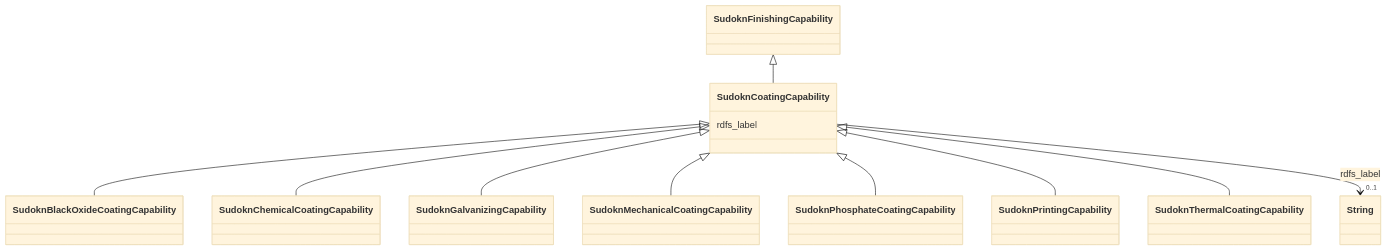
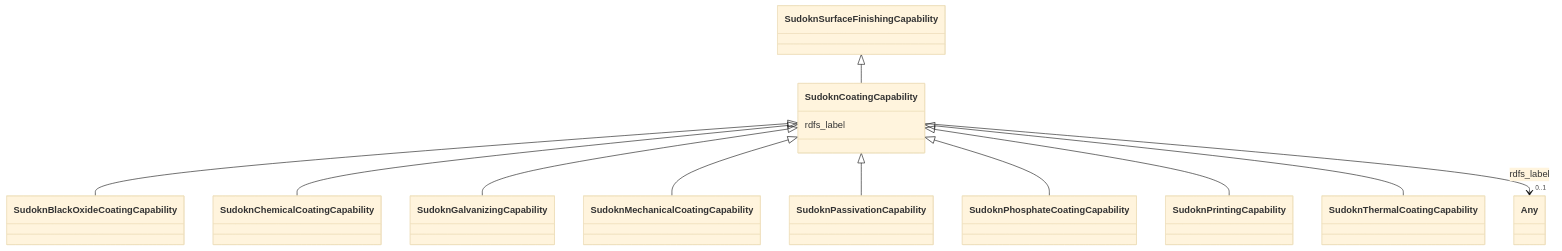
Before and after one commit to frink-okn/graph-descriptions: the diagram in sudokn-kg/classes/SudoknCoatingCapability.md, drawn with Mermaid (base theme). The commit also changed other lines of this file and 903 other files, not shown here.

````diff
--- a/sudokn-kg/classes/SudoknCoatingCapability.md
+++ b/sudokn-kg/classes/SudoknCoatingCapability.md
@@ -23,35 +18,37 @@
 ```mermaid
  classDiagram
     class SudoknCoatingCapability
     click SudoknCoatingCapability href "../SudoknCoatingCapability"
-      SudoknFinishingCapability <|-- SudoknCoatingCapability
-        click SudoknFinishingCapability href "../SudoknFinishingCapability"
+      SudoknSurfaceFinishingCapability <|-- SudoknCoatingCapability
+        click SudoknSurfaceFinishingCapability href "../SudoknSurfaceFinishingCapability"
       
 
       SudoknCoatingCapability <|-- SudoknBlackOxideCoatingCapability
         click SudoknBlackOxideCoatingCapability href "../SudoknBlackOxideCoatingCapability"
       SudoknCoatingCapability <|-- SudoknChemicalCoatingCapability
         click SudoknChemicalCoatingCapability href "../SudoknChemicalCoatingCapability"
       SudoknCoatingCapability <|-- SudoknGalvanizingCapability
         click SudoknGalvanizingCapability href "../SudoknGalvanizingCapability"
       SudoknCoatingCapability <|-- SudoknMechanicalCoatingCapability
         click SudoknMechanicalCoatingCapability href "../SudoknMechanicalCoatingCapability"
+      SudoknCoatingCapability <|-- SudoknPassivationCapability
+        click SudoknPassivationCapability href "../SudoknPassivationCapability"
       SudoknCoatingCapability <|-- SudoknPhosphateCoatingCapability
         click SudoknPhosphateCoatingCapability href "../SudoknPhosphateCoatingCapability"
       SudoknCoatingCapability <|-- SudoknPrintingCapability
         click SudoknPrintingCapability href "../SudoknPrintingCapability"
       SudoknCoatingCapability <|-- SudoknThermalCoatingCapability
         click SudoknThermalCoatingCapability href "../SudoknThermalCoatingCapability"
       
       
       SudoknCoatingCapability : rdfs_label
         
           
     
     
-    SudoknCoatingCapability --> "0..1" String : rdfs_label
-    click String href "../String"
+    SudoknCoatingCapability --> "0..1" Any : rdfs_label
+    click Any href "../Any"
 
         
       
 ```
````
